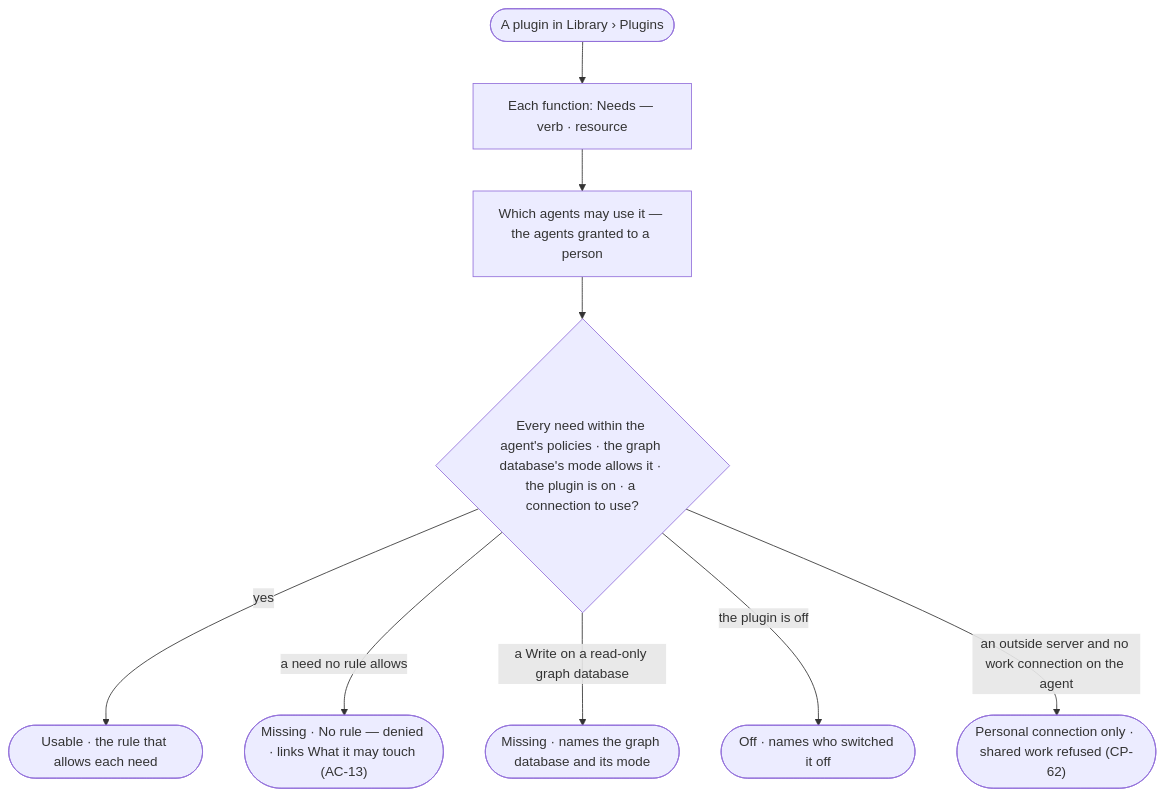
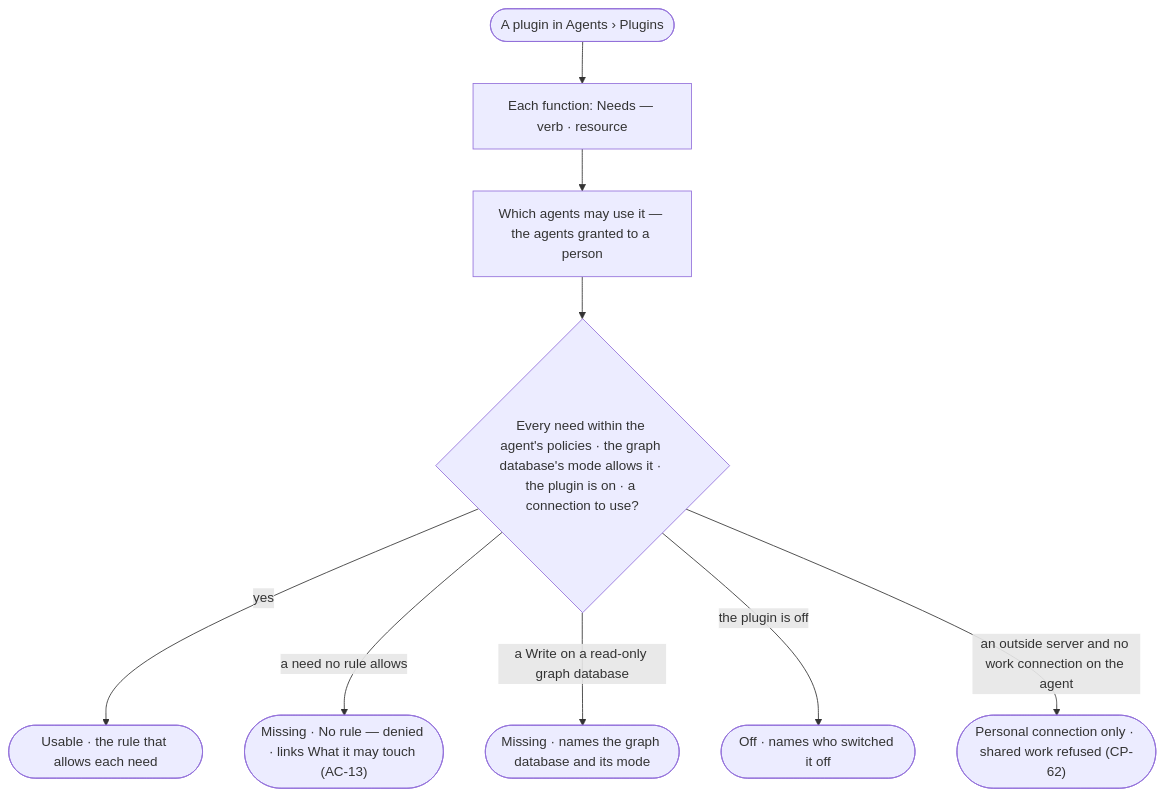
One commit to invana/invana changed the diagram in specs/os/control/features/CP-F02-plugins-and-outside-tools/stories/CP-44-see-what-a-plugin-needs-and-which-agents-may-use-it/story.md. Above: the diagram before and after it, drawn with Mermaid. The commit also changed 106 other files, not shown here.

````diff
--- a/specs/os/control/features/CP-F02-plugins-and-outside-tools/stories/CP-44-see-what-a-plugin-needs-and-which-agents-may-use-it/story.md
+++ b/specs/os/control/features/CP-F02-plugins-and-outside-tools/stories/CP-44-see-what-a-plugin-needs-and-which-agents-may-use-it/story.md
@@ -29,11 +29,11 @@
 ```mermaid
 flowchart TD
-  p([A plugin in Library › Plugins]) --> f["Each function: Needs — verb · resource"]
+  p([A plugin in Agents › Plugins]) --> f["Each function: Needs — verb · resource"]
   f --> who["Which agents may use it — the agents granted to a person"]
   who --> chk{"Every need within the agent's policies · the graph database's mode allows it · the plugin is on · a connection to use?"}
   chk -->|yes| ok(["Usable · the rule that allows each need"])
   chk -->|a need no rule allows| m1(["Missing · No rule — denied · links What it may touch (AC-13)"])
   chk -->|a Write on a read-only graph database| m2(["Missing · names the graph database and its mode"])
   chk -->|the plugin is off| m3(["Off · names who switched it off"])
   chk -->|an outside server and no work connection on the agent| m4(["Personal connection only · shared work refused (CP-62)"])
 ```
````
